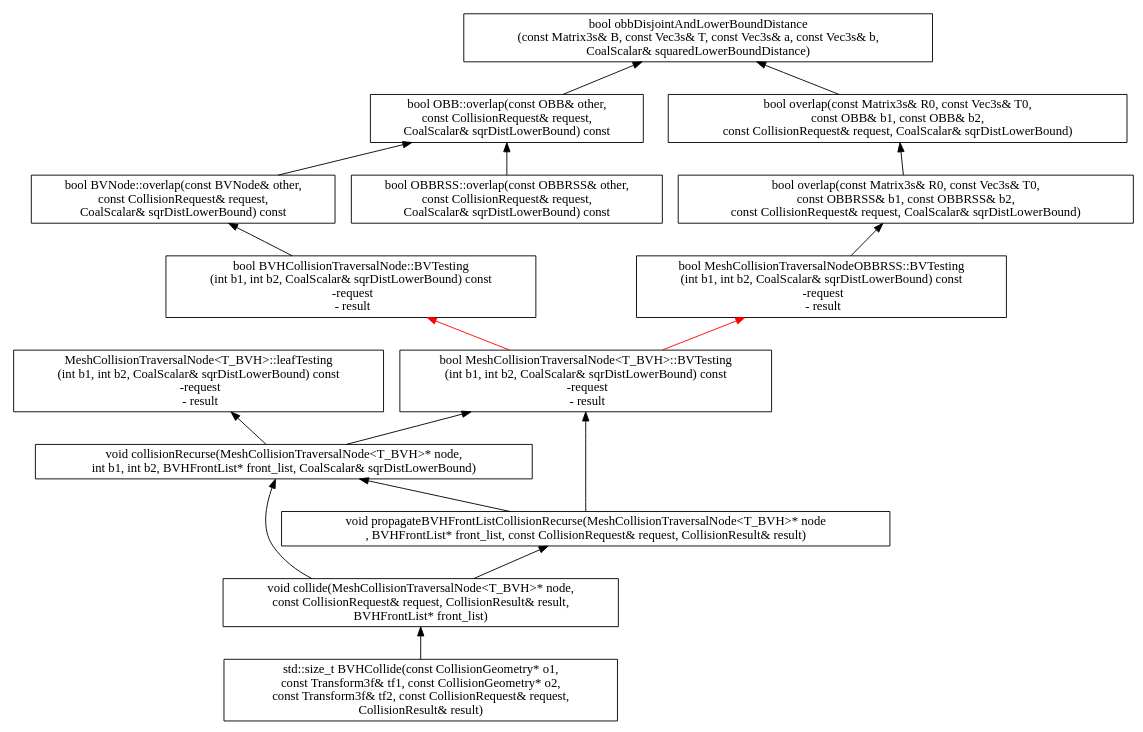
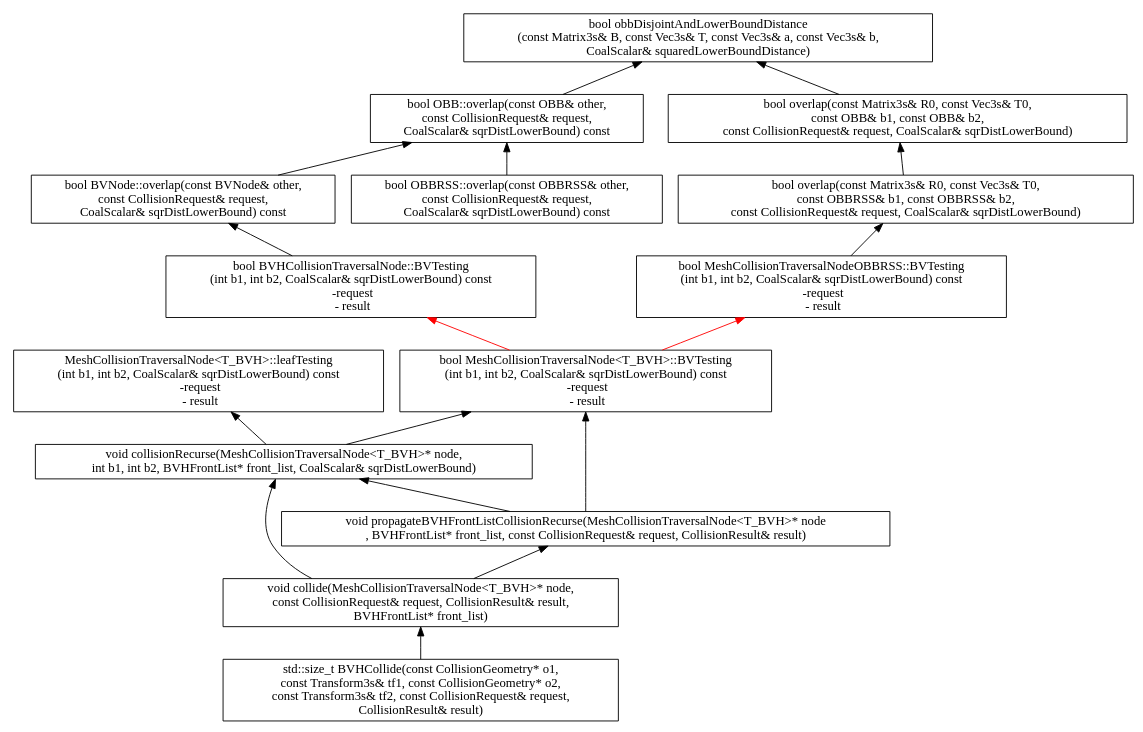
The diagram in doc/mesh-mesh-collision-call.dot (humanoid-path-planner/hpp-fcl), drawn with Graphviz before and after one commit. The commit also changed 119 other files, not shown here.

```diff
--- a/doc/mesh-mesh-collision-call.dot
+++ b/doc/mesh-mesh-collision-call.dot
@@ -1,38 +1,38 @@
 digraph CD  {
 
 	rankdir = BT
 	compound=true
         size = 11.7
 
-        "std::size_t BVHCollide(const CollisionGeometry* o1,\nconst Transform3f& tf1, const CollisionGeometry* o2,\nconst Transform3f& tf2, const CollisionRequest& request,\nCollisionResult& result)" [shape = box]
+        "std::size_t BVHCollide(const CollisionGeometry* o1,\nconst Transform3s& tf1, const CollisionGeometry* o2,\nconst Transform3s& tf2, const CollisionRequest& request,\nCollisionResult& result)" [shape = box]
         "bool OBB::overlap(const OBB& other,\nconst CollisionRequest& request,\nCoalScalar& sqrDistLowerBound) const" [shape = box]
         "bool OBBRSS::overlap(const OBBRSS& other,\nconst CollisionRequest& request,\nCoalScalar& sqrDistLowerBound) const" [shape = box]
         "bool overlap(const Matrix3s& R0, const Vec3s& T0,\n const OBB& b1, const OBB& b2,\n const CollisionRequest& request, CoalScalar& sqrDistLowerBound)" [shape = box]
         "bool overlap(const Matrix3s& R0, const Vec3s& T0,\n const OBBRSS& b1, const OBBRSS& b2,\nconst CollisionRequest& request, CoalScalar& sqrDistLowerBound)" [shape = box]
         "bool BVNode::overlap(const BVNode& other,\nconst CollisionRequest& request,\nCoalScalar& sqrDistLowerBound) const" [shape = box]
         "bool BVHCollisionTraversalNode::BVTesting\n(int b1, int b2, CoalScalar& sqrDistLowerBound) const\n  -request\n  - result" [shape = box]
         "bool MeshCollisionTraversalNode<T_BVH>::BVTesting\n(int b1, int b2, CoalScalar& sqrDistLowerBound) const\n  -request\n  - result" [shape = box]
         "void collide(MeshCollisionTraversalNode<T_BVH>* node,\n const CollisionRequest& request, CollisionResult& result,\nBVHFrontList* front_list)" [shape = box]
         "void collisionRecurse(MeshCollisionTraversalNode<T_BVH>* node,\n int b1, int b2, BVHFrontList* front_list, CoalScalar& sqrDistLowerBound)" [shape = box]
         "void propagateBVHFrontListCollisionRecurse(MeshCollisionTraversalNode<T_BVH>* node\n, BVHFrontList* front_list, const CollisionRequest& request, CollisionResult& result)" [shape = box]
         "bool MeshCollisionTraversalNodeOBBRSS::BVTesting\n(int b1, int b2, CoalScalar& sqrDistLowerBound) const\n  -request\n  - result" [shape = box]
         "MeshCollisionTraversalNode<T_BVH>::leafTesting\n(int b1, int b2, CoalScalar& sqrDistLowerBound) const\n  -request\n  - result" [shape = box]
         "bool obbDisjointAndLowerBoundDistance\n(const Matrix3s& B, const Vec3s& T, const Vec3s& a, const Vec3s& b,\n CoalScalar& squaredLowerBoundDistance)" [shape = box]
 
-         "std::size_t BVHCollide(const CollisionGeometry* o1,\nconst Transform3f& tf1, const CollisionGeometry* o2,\nconst Transform3f& tf2, const CollisionRequest& request,\nCollisionResult& result)" -> "void collide(MeshCollisionTraversalNode<T_BVH>* node,\n const CollisionRequest& request, CollisionResult& result,\nBVHFrontList* front_list)"
+         "std::size_t BVHCollide(const CollisionGeometry* o1,\nconst Transform3s& tf1, const CollisionGeometry* o2,\nconst Transform3s& tf2, const CollisionRequest& request,\nCollisionResult& result)" -> "void collide(MeshCollisionTraversalNode<T_BVH>* node,\n const CollisionRequest& request, CollisionResult& result,\nBVHFrontList* front_list)"
         "bool OBB::overlap(const OBB& other,\nconst CollisionRequest& request,\nCoalScalar& sqrDistLowerBound) const" -> "bool obbDisjointAndLowerBoundDistance\n(const Matrix3s& B, const Vec3s& T, const Vec3s& a, const Vec3s& b,\n CoalScalar& squaredLowerBoundDistance)"
         "bool overlap(const Matrix3s& R0, const Vec3s& T0,\n const OBB& b1, const OBB& b2,\n const CollisionRequest& request, CoalScalar& sqrDistLowerBound)" -> "bool obbDisjointAndLowerBoundDistance\n(const Matrix3s& B, const Vec3s& T, const Vec3s& a, const Vec3s& b,\n CoalScalar& squaredLowerBoundDistance)"
         "bool overlap(const Matrix3s& R0, const Vec3s& T0,\n const OBBRSS& b1, const OBBRSS& b2,\nconst CollisionRequest& request, CoalScalar& sqrDistLowerBound)" -> "bool overlap(const Matrix3s& R0, const Vec3s& T0,\n const OBB& b1, const OBB& b2,\n const CollisionRequest& request, CoalScalar& sqrDistLowerBound)"
         "void collide(MeshCollisionTraversalNode<T_BVH>* node,\n const CollisionRequest& request, CollisionResult& result,\nBVHFrontList* front_list)"-> "void propagateBVHFrontListCollisionRecurse(MeshCollisionTraversalNode<T_BVH>* node\n, BVHFrontList* front_list, const CollisionRequest& request, CollisionResult& result)"
         "void collide(MeshCollisionTraversalNode<T_BVH>* node,\n const CollisionRequest& request, CollisionResult& result,\nBVHFrontList* front_list)" -> "void collisionRecurse(MeshCollisionTraversalNode<T_BVH>* node,\n int b1, int b2, BVHFrontList* front_list, CoalScalar& sqrDistLowerBound)"
         "void collisionRecurse(MeshCollisionTraversalNode<T_BVH>* node,\n int b1, int b2, BVHFrontList* front_list, CoalScalar& sqrDistLowerBound)" -> "bool MeshCollisionTraversalNode<T_BVH>::BVTesting\n(int b1, int b2, CoalScalar& sqrDistLowerBound) const\n  -request\n  - result"
         "void collisionRecurse(MeshCollisionTraversalNode<T_BVH>* node,\n int b1, int b2, BVHFrontList* front_list, CoalScalar& sqrDistLowerBound)" -> "MeshCollisionTraversalNode<T_BVH>::leafTesting\n(int b1, int b2, CoalScalar& sqrDistLowerBound) const\n  -request\n  - result"
         "void propagateBVHFrontListCollisionRecurse(MeshCollisionTraversalNode<T_BVH>* node\n, BVHFrontList* front_list, const CollisionRequest& request, CollisionResult& result)" -> "void collisionRecurse(MeshCollisionTraversalNode<T_BVH>* node,\n int b1, int b2, BVHFrontList* front_list, CoalScalar& sqrDistLowerBound)"
         "void propagateBVHFrontListCollisionRecurse(MeshCollisionTraversalNode<T_BVH>* node\n, BVHFrontList* front_list, const CollisionRequest& request, CollisionResult& result)" -> "bool MeshCollisionTraversalNode<T_BVH>::BVTesting\n(int b1, int b2, CoalScalar& sqrDistLowerBound) const\n  -request\n  - result"
 "bool MeshCollisionTraversalNodeOBBRSS::BVTesting\n(int b1, int b2, CoalScalar& sqrDistLowerBound) const\n  -request\n  - result" -> "bool overlap(const Matrix3s& R0, const Vec3s& T0,\n const OBBRSS& b1, const OBBRSS& b2,\nconst CollisionRequest& request, CoalScalar& sqrDistLowerBound)"
       "bool MeshCollisionTraversalNode<T_BVH>::BVTesting\n(int b1, int b2, CoalScalar& sqrDistLowerBound) const\n  -request\n  - result" -> "bool MeshCollisionTraversalNodeOBBRSS::BVTesting\n(int b1, int b2, CoalScalar& sqrDistLowerBound) const\n  -request\n  - result" [color=red]
       "bool MeshCollisionTraversalNode<T_BVH>::BVTesting\n(int b1, int b2, CoalScalar& sqrDistLowerBound) const\n  -request\n  - result" -> "bool BVHCollisionTraversalNode::BVTesting\n(int b1, int b2, CoalScalar& sqrDistLowerBound) const\n  -request\n  - result" [color = red]
       "bool OBBRSS::overlap(const OBBRSS& other,\nconst CollisionRequest& request,\nCoalScalar& sqrDistLowerBound) const" -> "bool OBB::overlap(const OBB& other,\nconst CollisionRequest& request,\nCoalScalar& sqrDistLowerBound) const"
       "bool BVNode::overlap(const BVNode& other,\nconst CollisionRequest& request,\nCoalScalar& sqrDistLowerBound) const" -> "bool OBB::overlap(const OBB& other,\nconst CollisionRequest& request,\nCoalScalar& sqrDistLowerBound) const"
       "bool BVHCollisionTraversalNode::BVTesting\n(int b1, int b2, CoalScalar& sqrDistLowerBound) const\n  -request\n  - result" -> "bool BVNode::overlap(const BVNode& other,\nconst CollisionRequest& request,\nCoalScalar& sqrDistLowerBound) const"
 }
```
